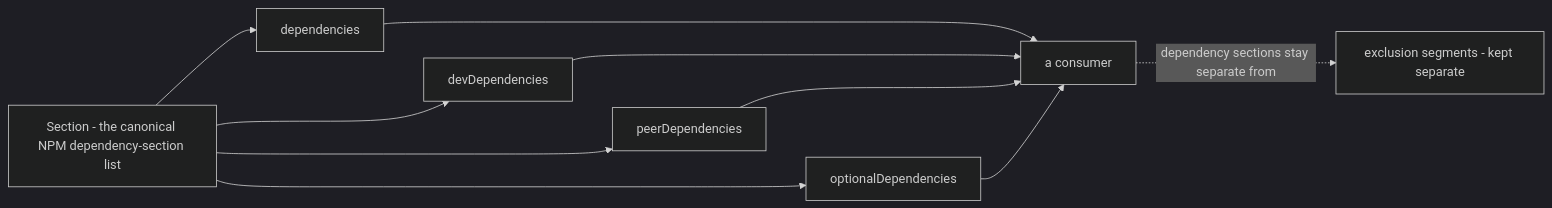
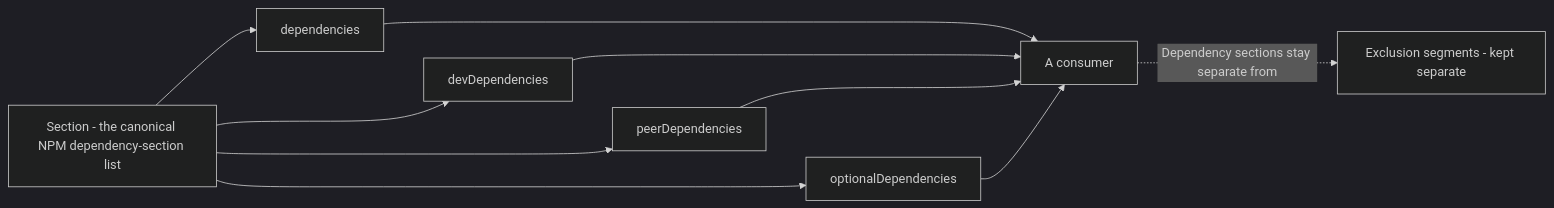
One commit to PlayForm/Site-DeepSeek changed the diagram in Source/Content/Mermaid/core-section-list.mmd. Above: the diagram before and after it, drawn with Mermaid (dark theme). The commit also changed 341 other files, not shown here.

```diff
--- a/Source/Content/Mermaid/core-section-list.mmd
+++ b/Source/Content/Mermaid/core-section-list.mmd
@@ -1,17 +1,17 @@
 flowchart LR
 	SECTION["Section - the canonical NPM dependency-section list"]
 	D1["dependencies"]
 	D2["devDependencies"]
 	D3["peerDependencies"]
 	D4["optionalDependencies"]
-	CONSUMER["a consumer"]
-	EXCL["exclusion segments - kept separate"]
+	CONSUMER["A consumer"]
+	EXCL["Exclusion segments - kept separate"]
 	SECTION --> D1 --> CONSUMER
 	SECTION --> D2 --> CONSUMER
 	SECTION --> D3 --> CONSUMER
 	SECTION --> D4 --> CONSUMER
-	CONSUMER -. "dependency sections stay separate from" .-> EXCL
+	CONSUMER -. "Dependency sections stay separate from" .-> EXCL
 	%% Invisible layout links only - no semantics.
 	D1 ~~~ D2
 	D2 ~~~ D3
 	D3 ~~~ D4
```
